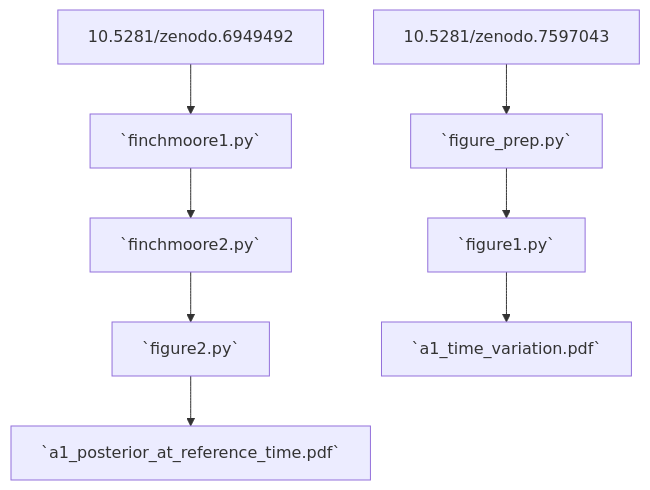
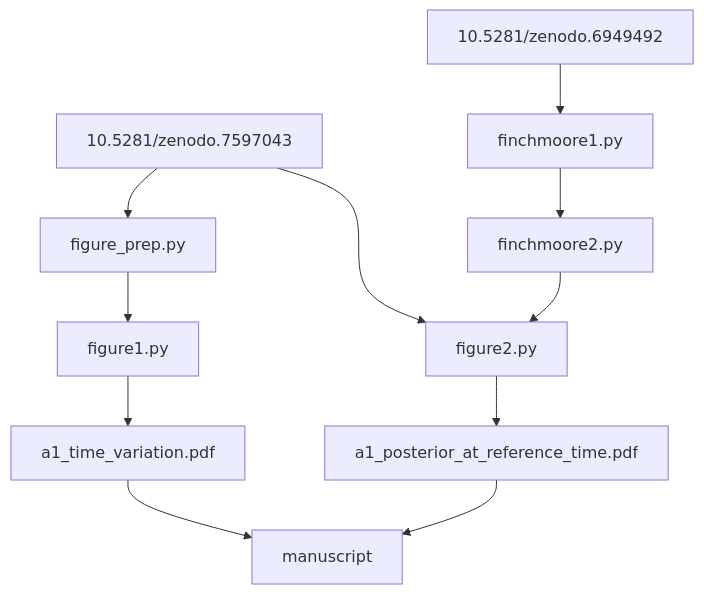
The diagram in src/scripts/README.md (maxisi/gw150914_rd_comment), drawn with Mermaid before and after one commit. The commit also changed other lines of this file, not shown here.

````diff
--- a/src/scripts/README.md
+++ b/src/scripts/README.md
@@ -11,10 +11,13 @@
 ```mermaid
 graph TD;
-    10.5281/zenodo.7597043-->`figure_prep.py`;
-    `figure_prep.py`-->`figure1.py`;
-    10.5281/zenodo.6949492-->`finchmoore1.py`;
-    `finchmoore1.py`-->`finchmoore2.py`;
-    `finchmoore2.py`-->`figure2.py`;
-    `figure1.py`-->`a1_time_variation.pdf`;
-    `figure2.py`-->`a1_posterior_at_reference_time.pdf`;
+    10.5281/zenodo.7597043-->figure_prep.py;
+    figure_prep.py-->figure1.py;
+    10.5281/zenodo.7597043-->figure2.py
+    10.5281/zenodo.6949492-->finchmoore1.py;
+    finchmoore1.py-->finchmoore2.py;
+    finchmoore2.py-->figure2.py;
+    figure1.py-->a1_time_variation.pdf;
+    figure2.py-->a1_posterior_at_reference_time.pdf;
+    a1_posterior_at_reference_time.pdf-->manuscript;
+    a1_time_variation.pdf-->manuscript;
 ```
````
